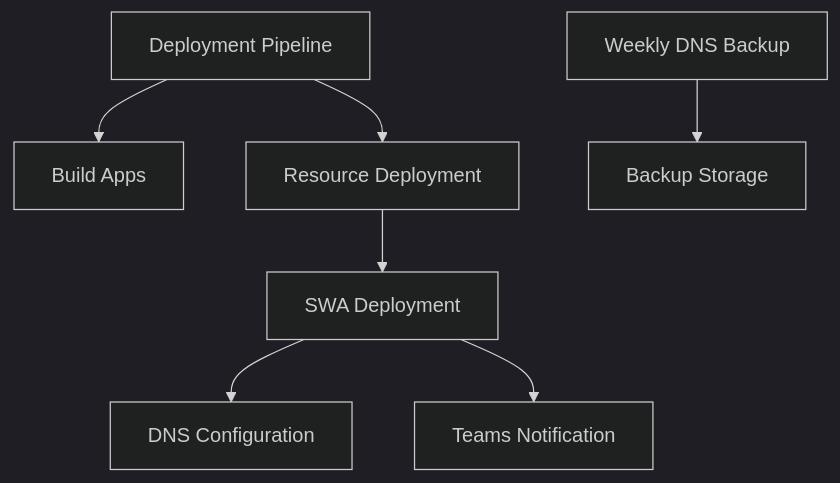
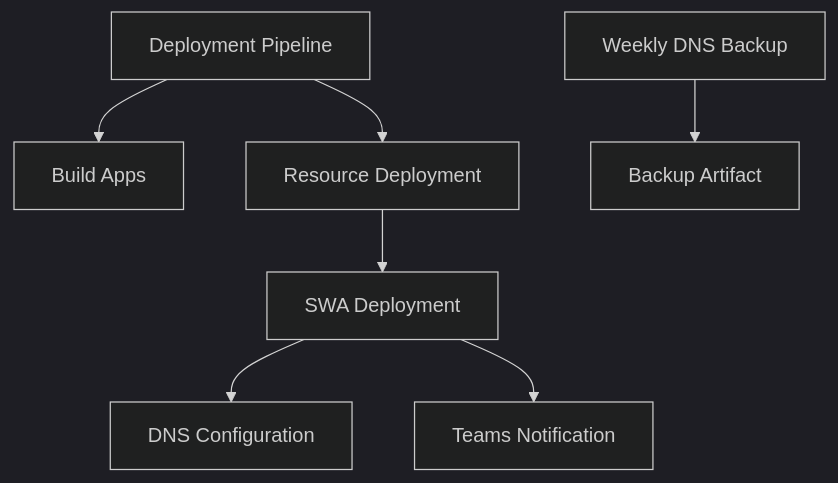
Before and after one commit to phoenixvc/PhoenixVC-Website: the diagram in docs/src/main/guides/deployment/github-workflows.md, drawn with Mermaid (dark theme). The commit also changed other lines of this file and 1 other file, not shown here.

First line of the commit message:
fix(ci): design safe DNS backup replacement (#251)

````diff
--- a/docs/src/main/guides/deployment/github-workflows.md
+++ b/docs/src/main/guides/deployment/github-workflows.md
@@ -87,9 +94,9 @@
 ```mermaid
 graph TD
   A[Deployment Pipeline] --> B[Build Apps]
   A --> C[Resource Deployment]
   C --> D[SWA Deployment]
   D --> E[DNS Configuration]
   D --> F[Teams Notification]
-  G[Weekly DNS Backup] --> H[Backup Storage]
+  G[Weekly DNS Backup] --> H[Backup Artifact]
 ```
````
